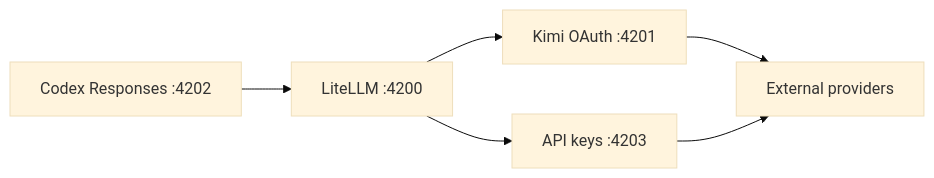
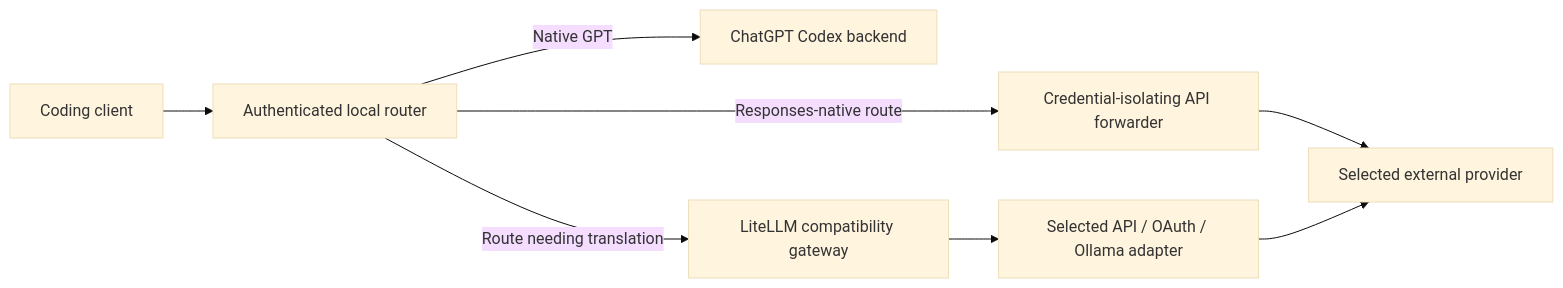
The diagram in README.md (MichaelC001/codex-router), drawn with Mermaid (base theme) before and after one commit. The commit also changed other lines of this file and 65 other files, not shown here.

````diff
--- a/README.md
+++ b/README.md
@@ -2661,8 +170,10 @@
 ```mermaid
 flowchart LR
-  C["Codex Responses :4202"] --> L1["LiteLLM :4200"]
-  L1 --> K1["Kimi OAuth :4201"]
-  L1 --> A1["API keys :4203"]
-  K1 --> P["External providers"]
-  A1 --> P
+  C["Coding client"] --> R["Authenticated local router"]
+  R -->|"Native GPT"| G["ChatGPT Codex backend"]
+  R -->|"Responses-native route"| A["Credential-isolating API forwarder"]
+  R -->|"Route needing translation"| L["LiteLLM compatibility gateway"]
+  L --> F["Selected API / OAuth / Ollama adapter"]
+  A --> P["Selected external provider"]
+  F --> P
 ```
````
